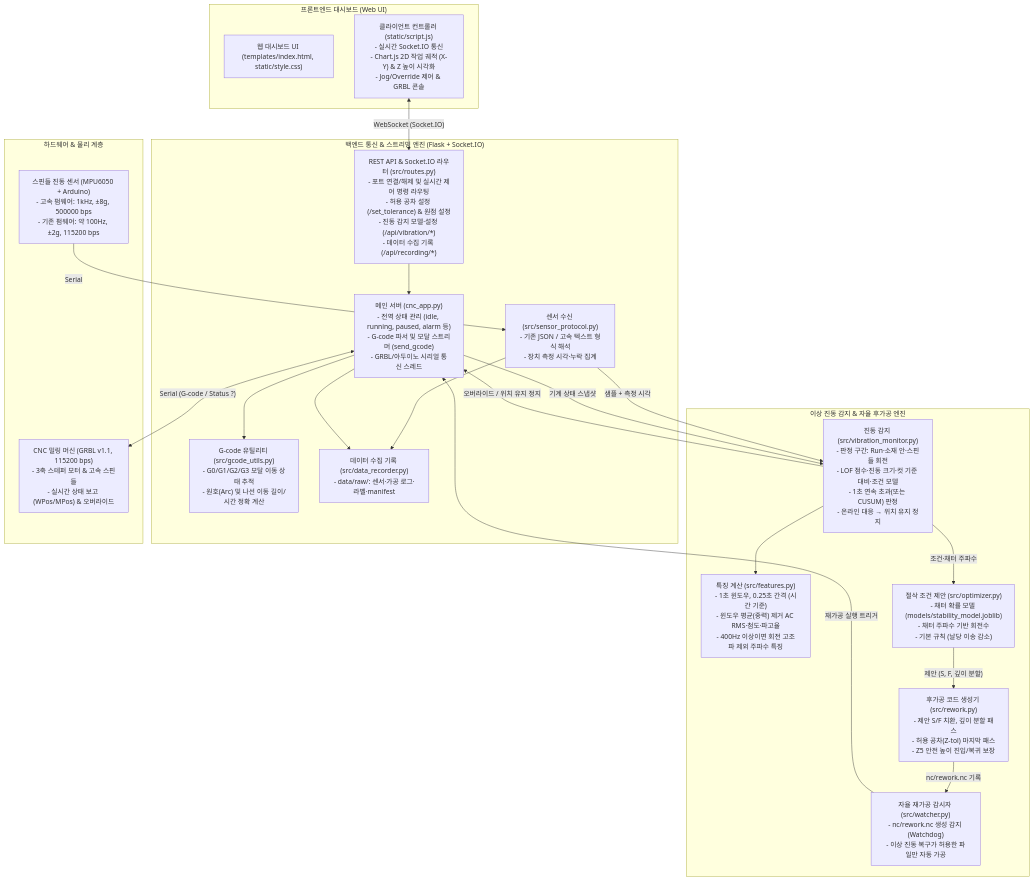
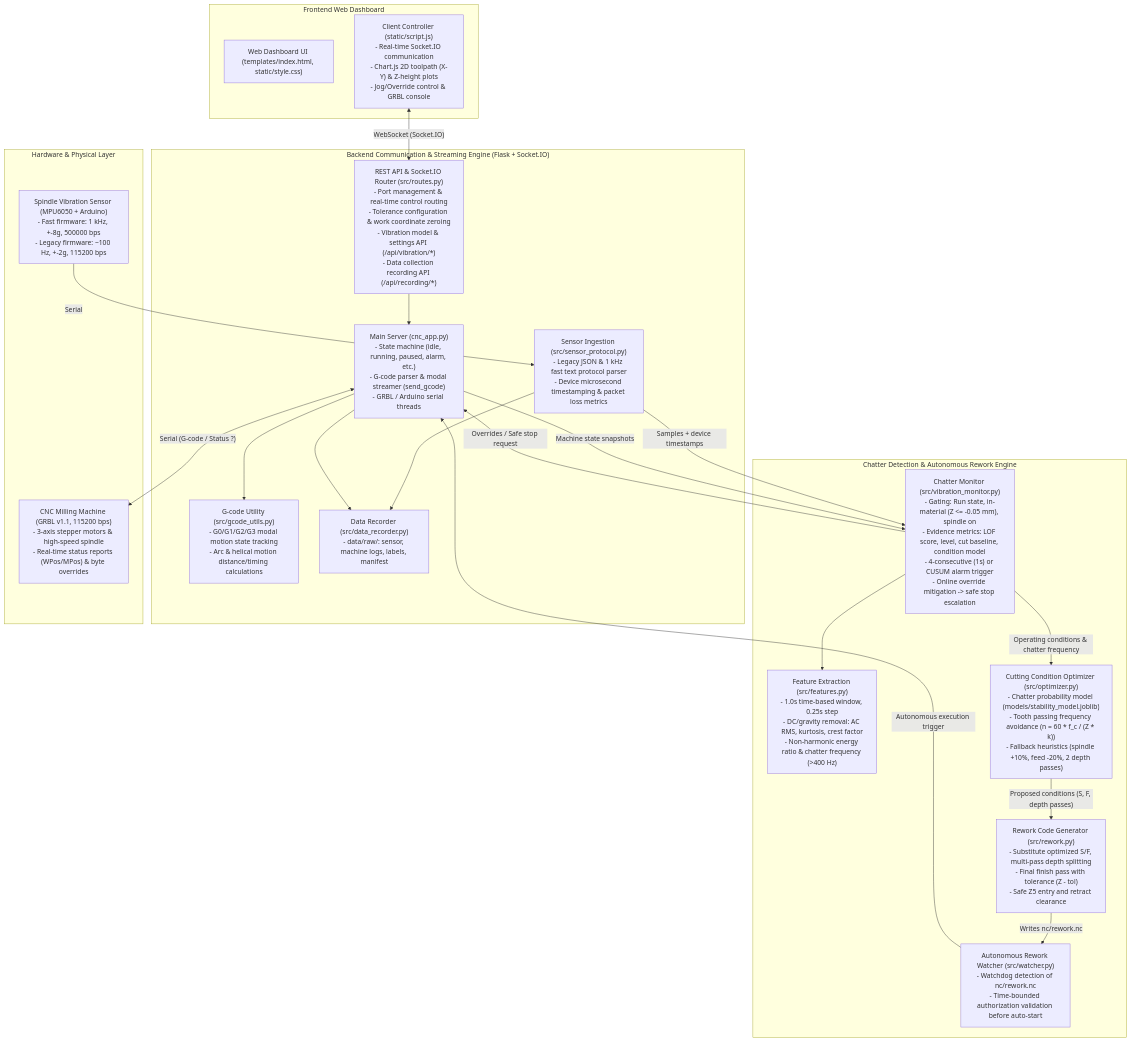
The first of 3 diagrams in README.md (OrcusExtreme/VibraLoop), drawn with Mermaid before and after one commit. The commit also changed other lines of this file and 1 other file, not shown here.

````diff
--- a/README.md
+++ b/README.md
@@ -14,44 +14,44 @@
 ```mermaid
 flowchart TB
-    subgraph Frontend ["프론트엔드 대시보드 (Web UI)"]
-        UI["웹 대시보드 UI (templates/index.html, static/style.css)"]
-        JS["클라이언트 컨트롤러 (static/script.js)\n- 실시간 Socket.IO 통신\n- Chart.js 2D 작업 궤적 (X-Y) & Z 높이 시각화\n- Jog/Override 제어 & GRBL 콘솔"]
+    subgraph Frontend ["Frontend Web Dashboard"]
+        UI["Web Dashboard UI (templates/index.html, static/style.css)"]
+        JS["Client Controller (static/script.js)\n- Real-time Socket.IO communication\n- Chart.js 2D toolpath (X-Y) & Z-height plots\n- Jog/Override control & GRBL console"]
     end
 
-    subgraph Backend ["백엔드 통신 & 스트리밍 엔진 (Flask + Socket.IO)"]
-        App["메인 서버 (cnc_app.py)\n- 전역 상태 관리 (idle, running, paused, alarm 등)\n- G-code 파서 및 모달 스트리머 (send_gcode)\n- GRBL/아두이노 시리얼 통신 스레드"]
-        Routes["REST API & Socket.IO 라우터 (src/routes.py)\n- 포트 연결/해제 및 실시간 제어 명령 라우팅\n- 허용 공차 설정 (/set_tolerance) & 원점 설정\n- 진동 감지 모델·설정 (/api/vibration/*)\n- 데이터 수집 기록 (/api/recording/*)"]
-        GCodeUtil["G-code 유틸리티 (src/gcode_utils.py)\n- G0/G1/G2/G3 모달 이동 상태 추적\n- 원호(Arc) 및 나선 이동 길이/시간 정확 계산"]
-        Sensor["센서 수신 (src/sensor_protocol.py)\n- 기존 JSON / 고속 텍스트 형식 해석\n- 장치 측정 시각·누락 집계"]
-        Rec["데이터 수집 기록 (src/data_recorder.py)\n- data/raw/: 센서·가공 로그·라벨·manifest"]
+    subgraph Backend ["Backend Communication & Streaming Engine (Flask + Socket.IO)"]
+        App["Main Server (cnc_app.py)\n- State machine (idle, running, paused, alarm, etc.)\n- G-code parser & modal streamer (send_gcode)\n- GRBL / Arduino serial threads"]
+        Routes["REST API & Socket.IO Router (src/routes.py)\n- Port management & real-time control routing\n- Tolerance configuration & work coordinate zeroing\n- Vibration model & settings API (/api/vibration/*)\n- Data collection recording API (/api/recording/*)"]
+        GCodeUtil["G-code Utility (src/gcode_utils.py)\n- G0/G1/G2/G3 modal motion state tracking\n- Arc & helical motion distance/timing calculations"]
+        Sensor["Sensor Ingestion (src/sensor_protocol.py)\n- Legacy JSON & 1 kHz fast text protocol parser\n- Device microsecond timestamping & packet loss metrics"]
+        Rec["Data Recorder (src/data_recorder.py)\n- data/raw/: sensor, machine logs, labels, manifest"]
     end
 
-    subgraph Intelligence ["이상 진동 감지 & 자율 후가공 엔진"]
-        Feat["특징 계산 (src/features.py)\n- 1초 윈도우, 0.25초 간격 (시간 기준)\n- 윈도우 평균(중력) 제거 AC RMS·첨도·파고율\n- 400Hz 이상이면 회전 고조파 제외 주파수 특징"]
-        VMon["진동 감지 (src/vibration_monitor.py)\n- 판정 구간: Run·소재 안·스핀들 회전\n- LOF 점수·진동 크기·컷 기준 대비·조건 모델\n- 1초 연속 초과(또는 CUSUM) 판정\n- 온라인 대응 → 위치 유지 정지"]
-        Opt["절삭 조건 제안 (src/optimizer.py)\n- 채터 확률 모델 (models/stability_model.joblib)\n- 채터 주파수 기반 회전수\n- 기본 규칙 (날당 이송 감소)"]
-        Rework["후가공 코드 생성기 (src/rework.py)\n- 제안 S/F 치환, 깊이 분할 패스\n- 허용 공차(Z-tol) 마지막 패스\n- Z5 안전 높이 진입/복귀 보장"]
-        Watcher["자율 재가공 감시자 (src/watcher.py)\n- nc/rework.nc 생성 감지 (Watchdog)\n- 이상 진동 복구가 허용한 파일만 자동 가공"]
+    subgraph Intelligence ["Chatter Detection & Autonomous Rework Engine"]
+        Feat["Feature Extraction (src/features.py)\n- 1.0s time-based window, 0.25s step\n- DC/gravity removal: AC RMS, kurtosis, crest factor\n- Non-harmonic energy ratio & chatter frequency (>400 Hz)"]
+        VMon["Chatter Monitor (src/vibration_monitor.py)\n- Gating: Run state, in-material (Z <= -0.05 mm), spindle on\n- Evidence metrics: LOF score, level, cut baseline, condition model\n- 4-consecutive (1s) or CUSUM alarm trigger\n- Online override mitigation -> safe stop escalation"]
+        Opt["Cutting Condition Optimizer (src/optimizer.py)\n- Chatter probability model (models/stability_model.joblib)\n- Tooth passing frequency avoidance (n = 60 * f_c / (Z * k))\n- Fallback heuristics (spindle +10%, feed -20%, 2 depth passes)"]
+        Rework["Rework Code Generator (src/rework.py)\n- Substitute optimized S/F, multi-pass depth splitting\n- Final finish pass with tolerance (Z - tol)\n- Safe Z5 entry and retract clearance"]
+        Watcher["Autonomous Rework Watcher (src/watcher.py)\n- Watchdog detection of nc/rework.nc\n- Time-bounded authorization validation before auto-start"]
     end
 
-    subgraph Hardware ["하드웨어 & 물리 계층"]
-        GRBL["CNC 밀링 머신 (GRBL v1.1, 115200 bps)\n- 3축 스테퍼 모터 & 고속 스핀들\n- 실시간 상태 보고 (WPos/MPos) & 오버라이드"]
-        Arduino["스핀들 진동 센서 (MPU6050 + Arduino)\n- 고속 펌웨어: 1kHz, ±8g, 500000 bps\n- 기존 펌웨어: 약 100Hz, ±2g, 115200 bps"]
+    subgraph Hardware ["Hardware & Physical Layer"]
+        GRBL["CNC Milling Machine (GRBL v1.1, 115200 bps)\n- 3-axis stepper motors & high-speed spindle\n- Real-time status reports (WPos/MPos) & byte overrides"]
+        Arduino["Spindle Vibration Sensor (MPU6050 + Arduino)\n- Fast firmware: 1 kHz, +-8g, 500000 bps\n- Legacy firmware: ~100 Hz, +-2g, 115200 bps"]
     end
 
     JS <-->|"WebSocket (Socket.IO)"| Routes
     Routes --> App
     App --> GCodeUtil
     App <-->|"Serial (G-code / Status ?)"| GRBL
     Arduino -->|"Serial"| Sensor
-    Sensor -->|"샘플 + 측정 시각"| VMon
+    Sensor -->|"Samples + device timestamps"| VMon
     Sensor --> Rec
-    App -->|"기계 상태 스냅샷"| VMon
+    App -->|"Machine state snapshots"| VMon
     App --> Rec
     VMon --> Feat
-    VMon -->|"오버라이드 / 위치 유지 정지"| App
-    VMon -->|"조건·채터 주파수"| Opt
-    Opt -->|"제안 (S, F, 깊이 분할)"| Rework
-    Rework -->|"nc/rework.nc 기록"| Watcher
-    Watcher -->|"재가공 실행 트리거"| App
+    VMon -->|"Overrides / Safe stop request"| App
+    VMon -->|"Operating conditions & chatter frequency"| Opt
+    Opt -->|"Proposed conditions (S, F, depth passes)"| Rework
+    Rework -->|"Writes nc/rework.nc"| Watcher
+    Watcher -->|"Autonomous execution trigger"| App
 ```
````
